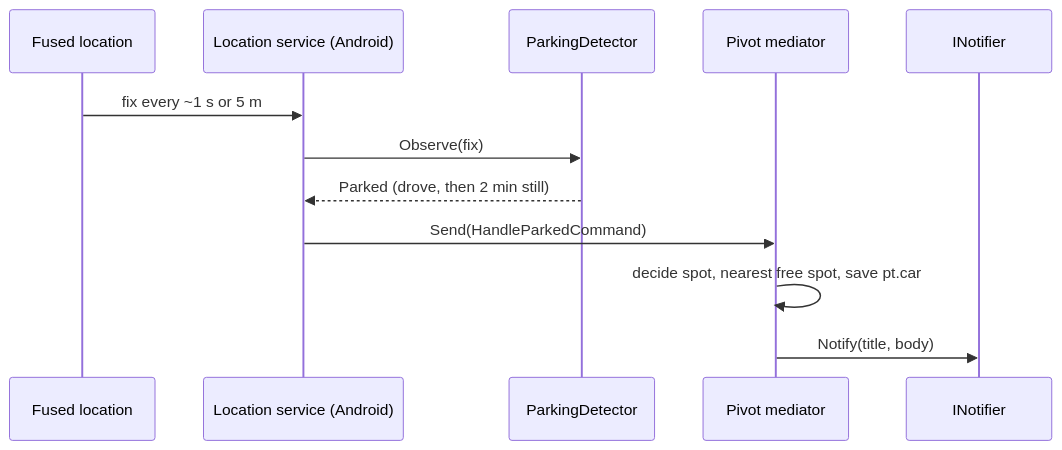
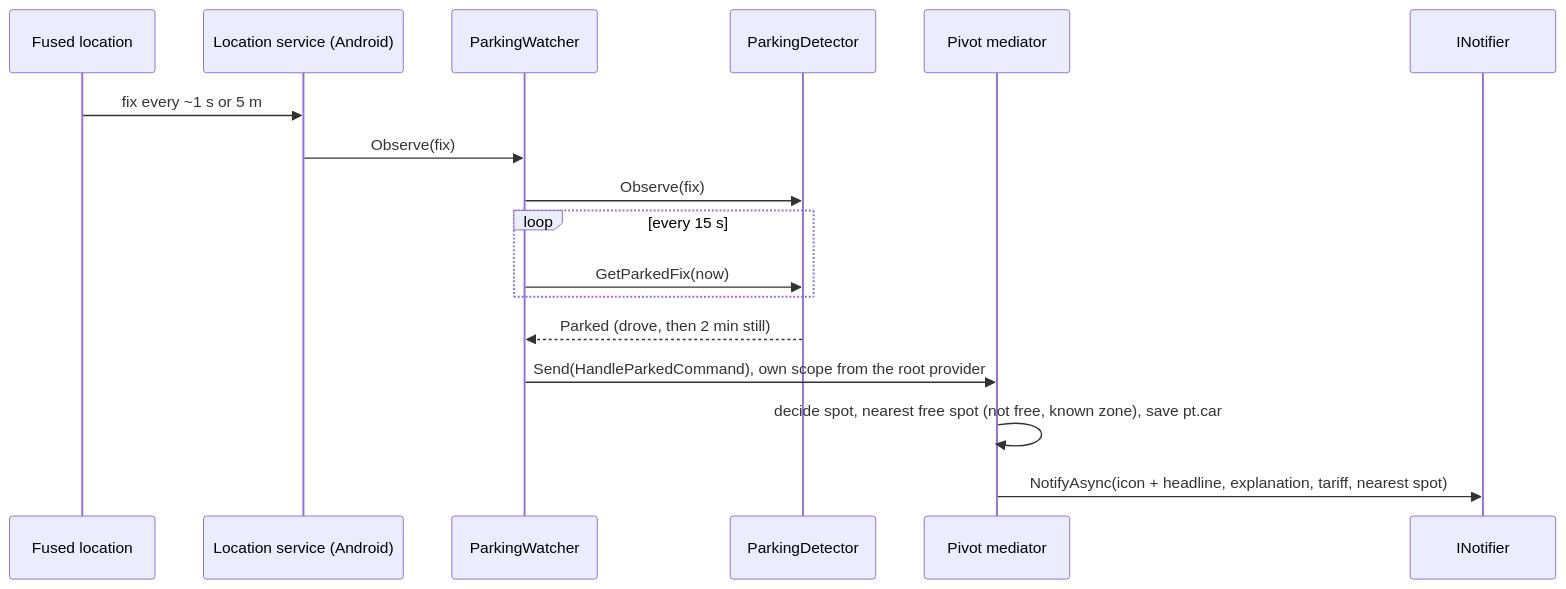
The fourth of 4 diagrams in docs/architecture.md (AnnabiGihed/Parking-Tracker), drawn with Mermaid before and after one commit. The commit also changed other lines of this file and 66 other files, not shown here.

````diff
--- a/docs/architecture.md
+++ b/docs/architecture.md
@@ -451,14 +478,19 @@
 ```mermaid
 sequenceDiagram
     participant G as Fused location
     participant S as Location service (Android)
+    participant W as ParkingWatcher
     participant PD as ParkingDetector
     participant M as Pivot mediator
     participant N as INotifier
     G->>S: fix every ~1 s or 5 m
-    S->>PD: Observe(fix)
-    PD-->>S: Parked (drove, then 2 min still)
-    S->>M: Send(HandleParkedCommand)
-    M->>M: decide spot, nearest free spot, save pt.car
-    M->>N: Notify(title, body)
+    S->>W: Observe(fix)
+    W->>PD: Observe(fix)
+    loop every 15 s
+        W->>PD: GetParkedFix(now)
+    end
+    PD-->>W: Parked (drove, then 2 min still)
+    W->>M: Send(HandleParkedCommand), own scope from the root provider
+    M->>M: decide spot, nearest free spot (not free, known zone), save pt.car
+    M->>N: NotifyAsync(icon + headline, explanation, tariff, nearest spot)
 ```
````
